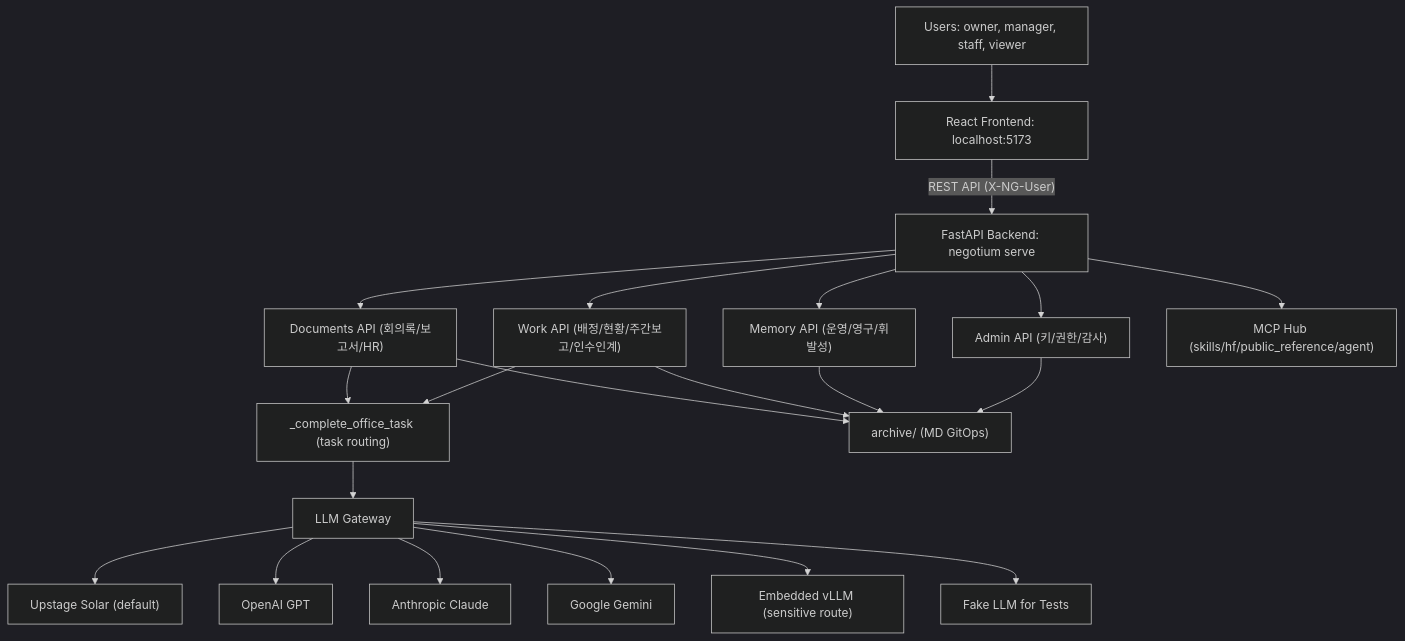
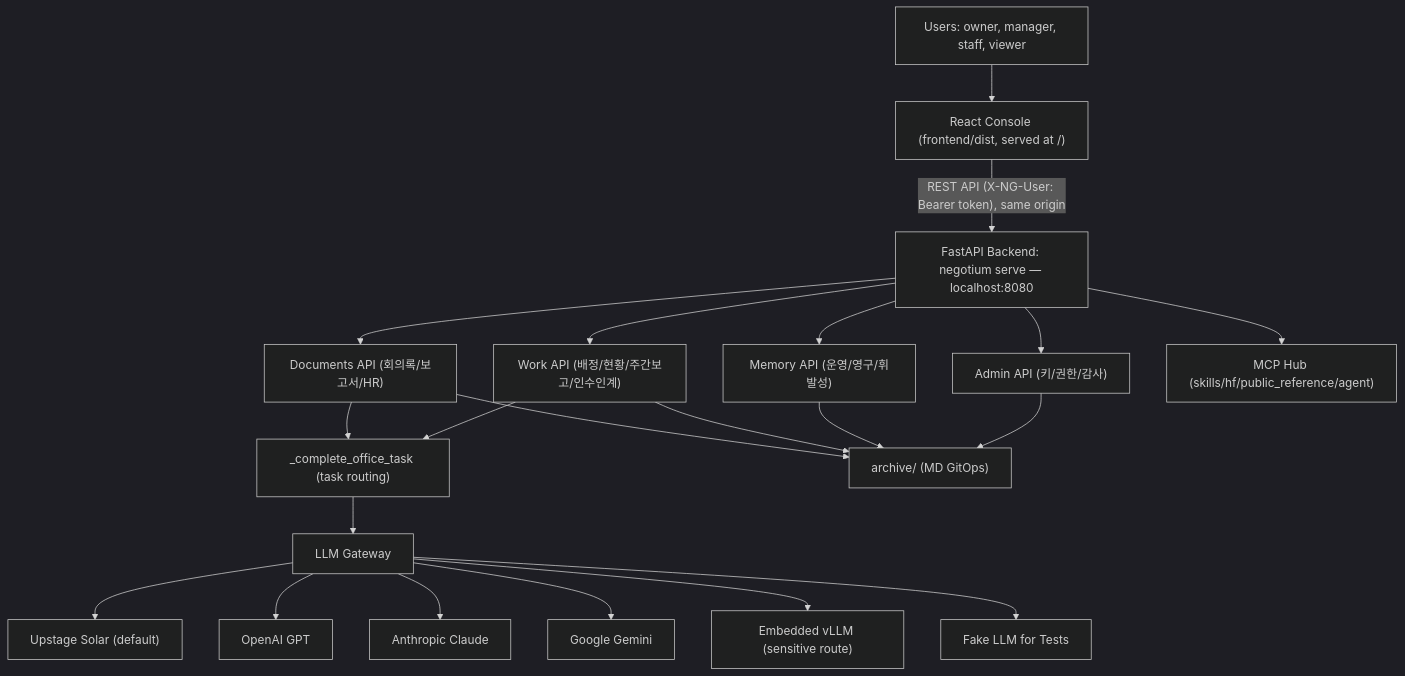
The first of 6 diagrams in docs/architecture.md (PatchMachine/Negotium), drawn with Mermaid (dark theme) before and after one commit. The commit also changed other lines of this file and 18 other files, not shown here.

````diff
--- a/docs/architecture.md
+++ b/docs/architecture.md
@@ -8,28 +8,27 @@
 ```mermaid
 flowchart TB
-  User["Users: owner, manager, staff, viewer"] --> Frontend["React Frontend: localhost:5173"]
-
-  Frontend -->|"REST API (X-NG-User)"| FastAPI["FastAPI Backend: negotium serve"]
+  User["Users: owner, manager, staff, viewer"] --> Frontend["React Console (frontend/dist, served at /)"]
+  Frontend -->|"REST API (X-NG-User: Bearer token), same origin"| FastAPI["FastAPI Backend: negotium serve — localhost:8080"]
 
   FastAPI --> Documents["Documents API (회의록/보고서/HR)"]
   FastAPI --> Work["Work API (배정/현황/주간보고/인수인계)"]
   FastAPI --> Memory["Memory API (운영/영구/휘발성)"]
   FastAPI --> Admin["Admin API (키/권한/감사)"]
   FastAPI --> McpHub["MCP Hub (skills/hf/public_reference/agent)"]
 
   Documents --> OfficeTask["_complete_office_task (task routing)"]
   Work --> OfficeTask
   OfficeTask --> LlmGateway["LLM Gateway"]
 
   LlmGateway --> Solar["Upstage Solar (default)"]
   LlmGateway --> OpenAI["OpenAI GPT"]
   LlmGateway --> Claude["Anthropic Claude"]
   LlmGateway --> Gemini["Google Gemini"]
   LlmGateway --> LocalVllm["Embedded vLLM (sensitive route)"]
   LlmGateway --> FakeLLM["Fake LLM for Tests"]
 
   Documents --> Archive["archive/ (MD GitOps)"]
   Work --> Archive
   Memory --> Archive
   Admin --> Archive
 ```
````
